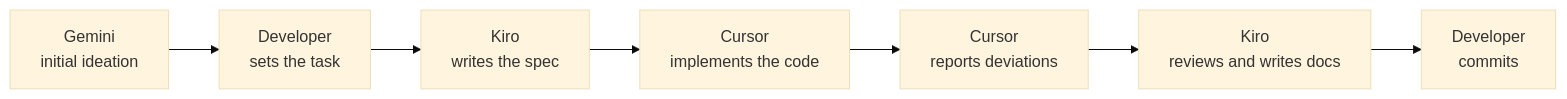
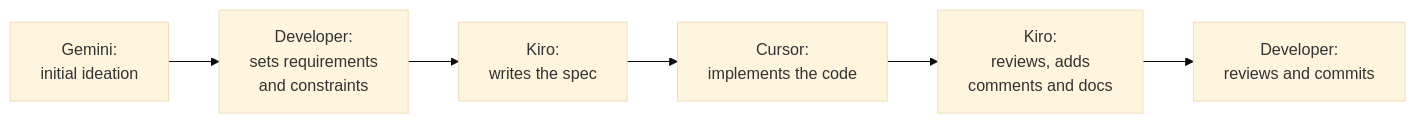
The diagram in docs/implementation/decisions.md (jconnors23/510-m3-nfl-prediction-analytics), drawn with Mermaid (base theme) before and after one commit. The commit also changed other lines of this file, not shown here.

````diff
--- a/docs/implementation/decisions.md
+++ b/docs/implementation/decisions.md
@@ -106,9 +106,8 @@
 ```mermaid
 flowchart LR
-    G["Gemini<br/>initial ideation"] --> A["Developer<br/>sets the task"]
-    A --> B["Kiro<br/>writes the spec"]
-    B --> C["Cursor<br/>implements the code"]
-    C --> D["Cursor<br/>reports deviations"]
-    D --> E["Kiro<br/>reviews and writes docs"]
-    E --> F["Developer<br/>commits"]
+    G["Gemini:<br/>initial ideation"] --> A["Developer:<br/>sets requirements<br/>and constraints"]
+    A --> B["Kiro:<br/>writes the spec"]
+    B --> C["Cursor:<br/>implements the code"]
+    C --> D["Kiro:<br/>reviews, adds<br/>comments and docs"]
+    D --> E["Developer:<br/>reviews and commits"]
 ```
````
